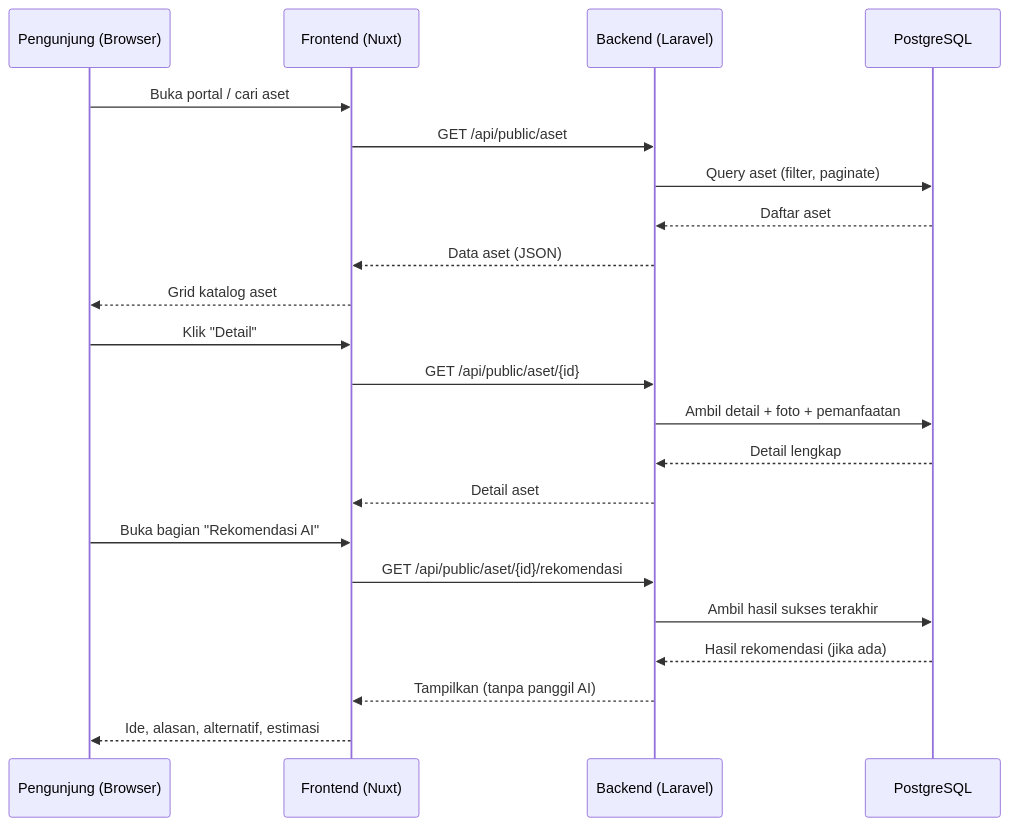
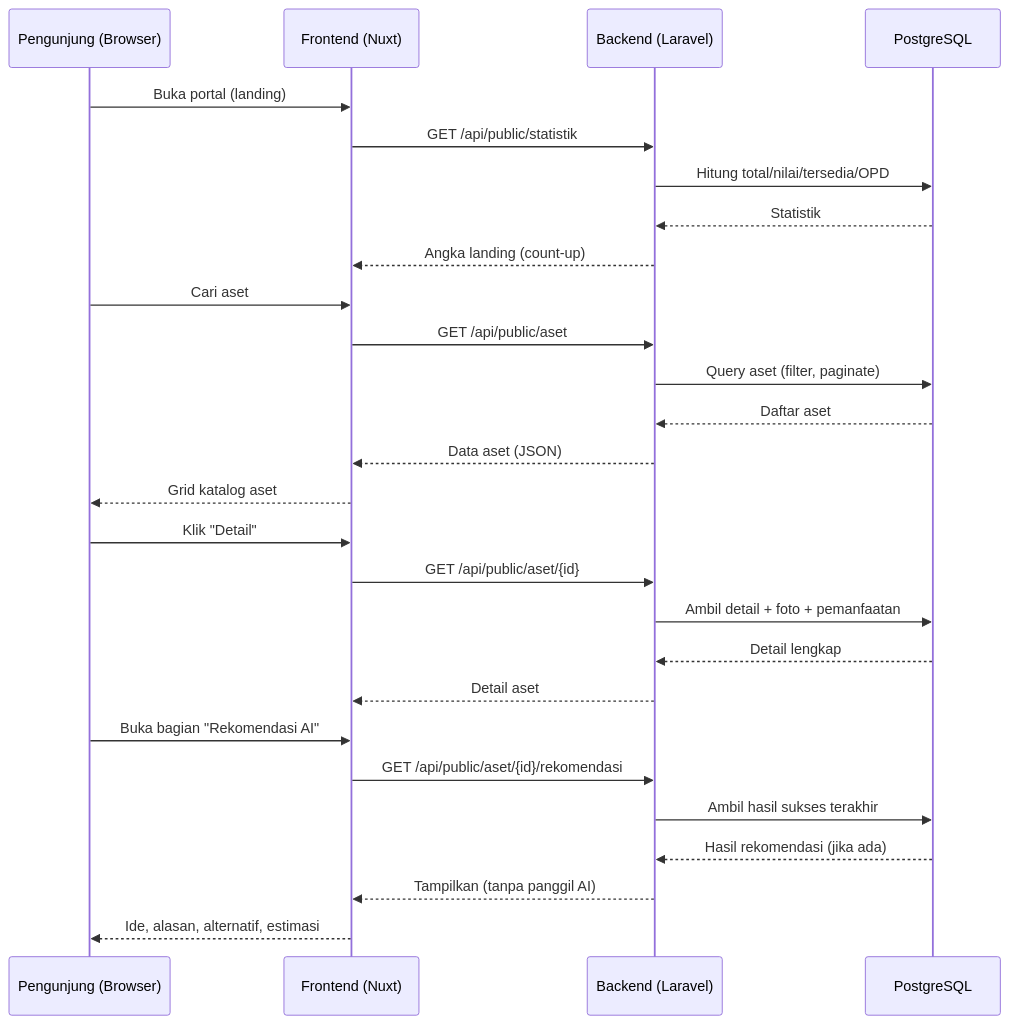
Before and after one commit to andresitorus-afk/peset_pemko: the second of 7 diagrams in docs/client/04-data-flow.md, drawn with Mermaid. The commit also changed other lines of this file and 13 other files, not shown here.

Commit message:
feat: auto-generate rekomendasi AI saat simpan/update aset + landing accordion transisi + update docs client

````diff
--- a/docs/client/04-data-flow.md
+++ b/docs/client/04-data-flow.md
@@ -60,27 +60,33 @@
 ```mermaid
 sequenceDiagram
     participant V as Pengunjung (Browser)
     participant FE as Frontend (Nuxt)
     participant API as Backend (Laravel)
     participant DB as PostgreSQL
 
-    V->>FE: Buka portal / cari aset
+    V->>FE: Buka portal (landing)
+    FE->>API: GET /api/public/statistik
+    API->>DB: Hitung total/nilai/tersedia/OPD
+    DB-->>API: Statistik
+    API-->>FE: Angka landing (count-up)
+
+    V->>FE: Cari aset
     FE->>API: GET /api/public/aset
     API->>DB: Query aset (filter, paginate)
     DB-->>API: Daftar aset
     API-->>FE: Data aset (JSON)
     FE-->>V: Grid katalog aset
 
     V->>FE: Klik "Detail"
     FE->>API: GET /api/public/aset/{id}
     API->>DB: Ambil detail + foto + pemanfaatan
     DB-->>API: Detail lengkap
     API-->>FE: Detail aset
 
     V->>FE: Buka bagian "Rekomendasi AI"
     FE->>API: GET /api/public/aset/{id}/rekomendasi
     API->>DB: Ambil hasil sukses terakhir
     DB-->>API: Hasil rekomendasi (jika ada)
     API-->>FE: Tampilkan (tanpa panggil AI)
     FE-->>V: Ide, alasan, alternatif, estimasi
 ```
````
